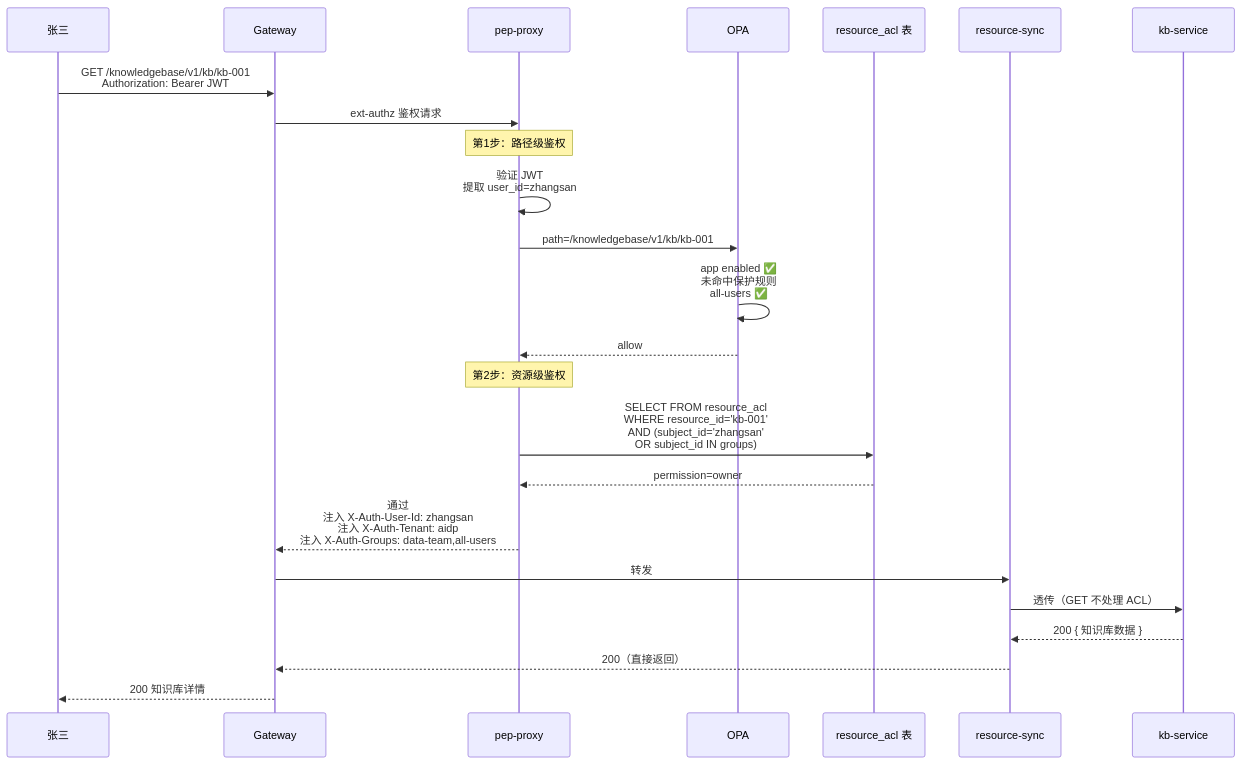
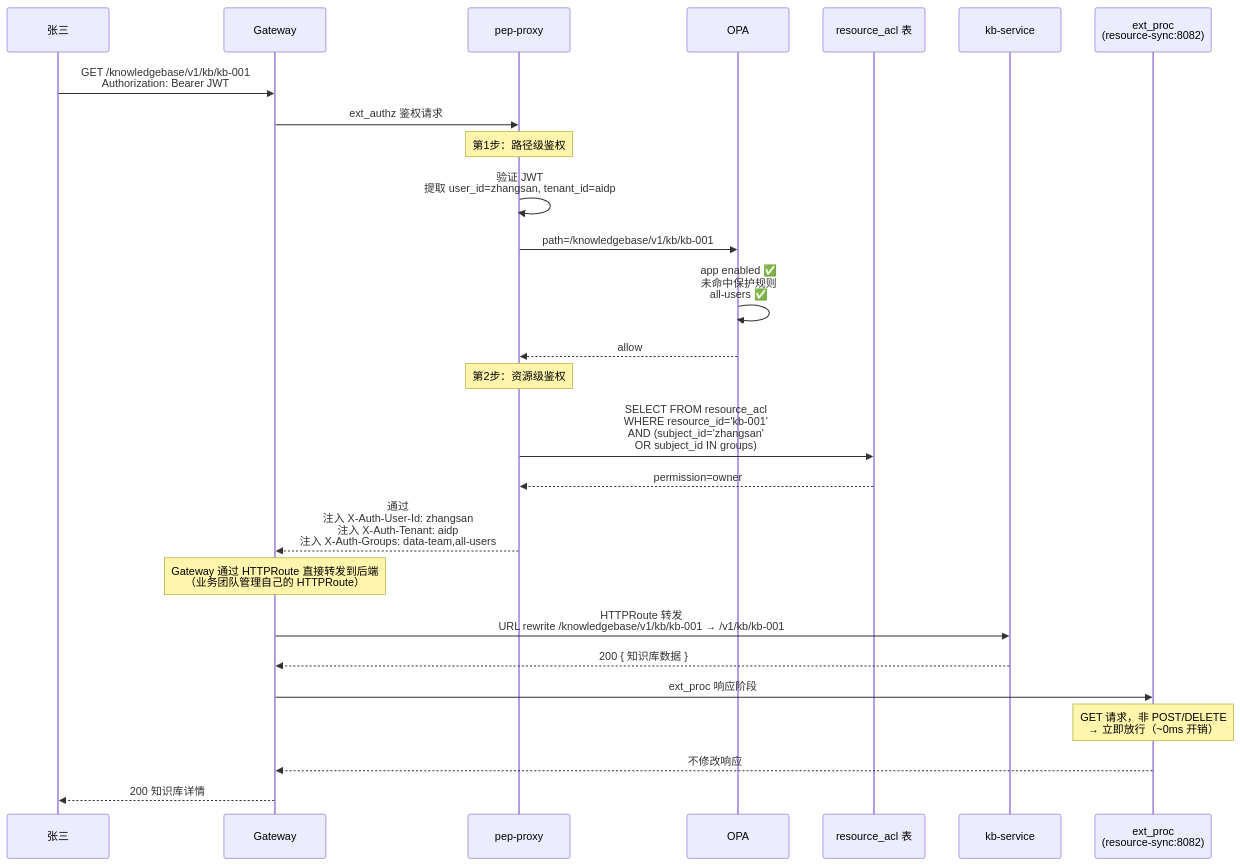
One commit to xiewanchao/aidp-iam changed the first of 15 diagrams in diagrams/request-flow.md. Above: the diagram before and after it, drawn with Mermaid. The commit also changed other lines of this file and 5 other files, not shown here.

````diff
--- a/diagrams/request-flow.md
+++ b/diagrams/request-flow.md
@@ -15,31 +17,35 @@
 ```mermaid
 sequenceDiagram
     participant U as 张三
     participant GW as Gateway
     participant PEP as pep-proxy
     participant OPA as OPA
     participant DB as resource_acl 表
-    participant RS as resource-sync
     participant KB as kb-service
+    participant EP as ext_proc<br/>(resource-sync:8082)
 
     U->>GW: GET /knowledgebase/v1/kb/kb-001<br/>Authorization: Bearer JWT
-    GW->>PEP: ext-authz 鉴权请求
+    GW->>PEP: ext_authz 鉴权请求
 
     Note over PEP: 第1步：路径级鉴权
-    PEP->>PEP: 验证 JWT<br/>提取 user_id=zhangsan
+    PEP->>PEP: 验证 JWT<br/>提取 user_id=zhangsan, tenant_id=aidp
     PEP->>OPA: path=/knowledgebase/v1/kb/kb-001
     OPA->>OPA: app enabled ✅<br/>未命中保护规则<br/>all-users ✅
     OPA-->>PEP: allow
 
     Note over PEP: 第2步：资源级鉴权
     PEP->>DB: SELECT FROM resource_acl<br/>WHERE resource_id='kb-001'<br/>AND (subject_id='zhangsan'<br/>OR subject_id IN groups)
     DB-->>PEP: permission=owner
 
     PEP-->>GW: 通过<br/>注入 X-Auth-User-Id: zhangsan<br/>注入 X-Auth-Tenant: aidp<br/>注入 X-Auth-Groups: data-team,all-users
 
-    GW->>RS: 转发
-    RS->>KB: 透传（GET 不处理 ACL）
-    KB-->>RS: 200 { 知识库数据 }
-    RS-->>GW: 200（直接返回）
+    Note over GW: Gateway 通过 HTTPRoute 直接转发到后端<br/>（业务团队管理自己的 HTTPRoute）
+    GW->>KB: HTTPRoute 转发<br/>URL rewrite /knowledgebase/v1/kb/kb-001 → /v1/kb/kb-001
+    KB-->>GW: 200 { 知识库数据 }
+
+    GW->>EP: ext_proc 响应阶段
+    Note over EP: GET 请求，非 POST/DELETE<br/>→ 立即放行（~0ms 开销）
+    EP-->>GW: 不修改响应
+
     GW-->>U: 200 知识库详情
 ```
````
